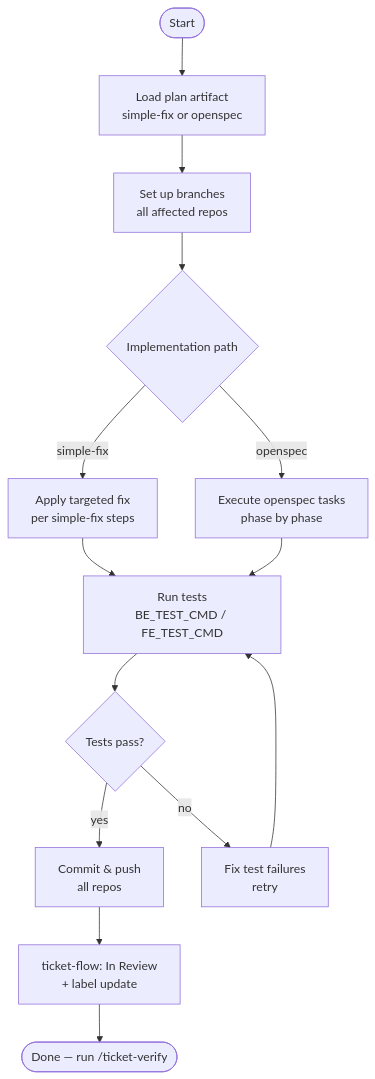
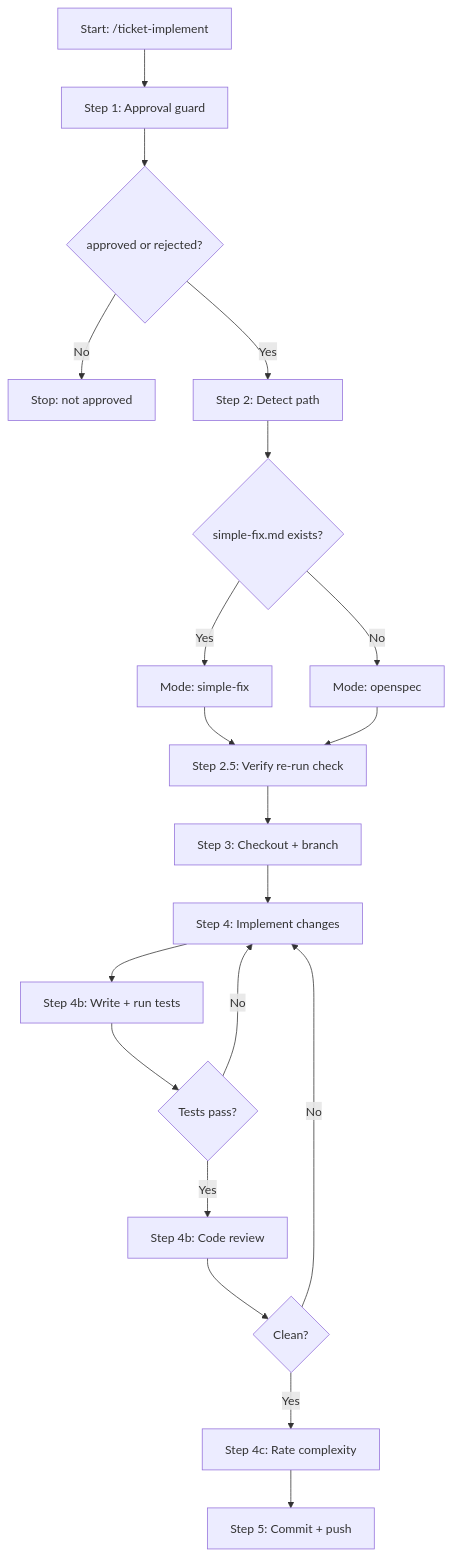
The diagram in ticket-auto-pipeline/docs/skills/ticket-implement.md (willard-pro/claude-plugins), drawn with Mermaid before and after one commit. The commit also changed other lines of this file and 39 other files, not shown here.

````diff
--- a/ticket-auto-pipeline/docs/skills/ticket-implement.md
+++ b/ticket-auto-pipeline/docs/skills/ticket-implement.md
@@ -37,16 +43,22 @@
 ```mermaid
 flowchart TD
-    A([Start]) --> B[Load plan artifact\nsimple-fix or openspec]
-    B --> C[Set up branches\nall affected repos]
-    C --> D{Implementation path}
-    D -- simple-fix --> E[Apply targeted fix\nper simple-fix steps]
-    D -- openspec --> F[Execute openspec tasks\nphase by phase]
-    E --> G[Run tests\nBE_TEST_CMD / FE_TEST_CMD]
-    F --> G
-    G --> H{Tests pass?}
-    H -- yes --> I[Commit & push\nall repos]
-    H -- no --> J[Fix test failures\nretry]
-    J --> G
-    I --> K[ticket-flow: In Review\n+ label update]
-    K --> L([Done — run /ticket-verify])
+    A[Start: /ticket-implement] --> B[Step 1: Approval guard]
+    B --> C{approved or rejected?}
+    C -->|No| STOP1[Stop: not approved]
+    C -->|Yes| D[Step 2: Detect path]
+    D --> E{simple-fix.md exists?}
+    E -->|Yes| F[Mode: simple-fix]
+    E -->|No| G[Mode: openspec]
+    F --> H[Step 2.5: Verify re-run check]
+    G --> H
+    H --> I[Step 3: Checkout + branch]
+    I --> J[Step 4: Implement changes]
+    J --> K[Step 4b: Write + run tests]
+    K --> L{Tests pass?}
+    L -->|No| J
+    L -->|Yes| M[Step 4b: Code review]
+    M --> N{Clean?}
+    N -->|No| J
+    N -->|Yes| O[Step 4c: Rate complexity]
+    O --> P[Step 5: Commit + push]
 ```
````
